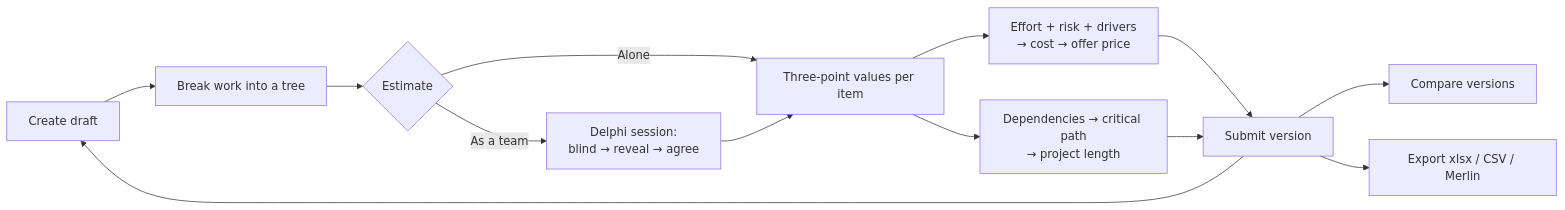
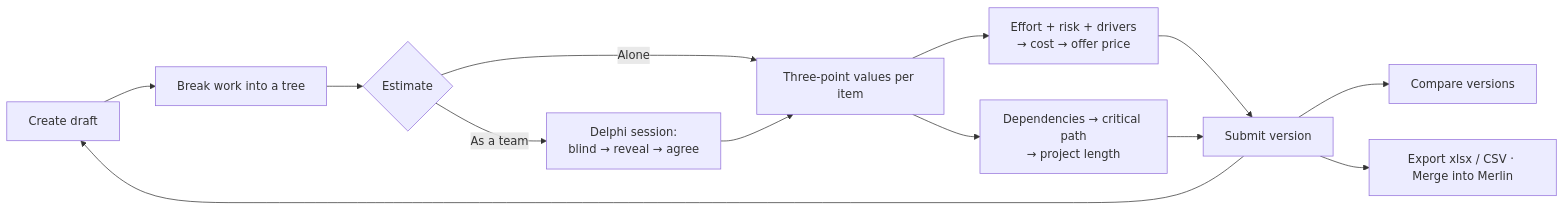
Before and after one commit to techatspree/pythia: the diagram in README.md, drawn with Mermaid. The commit also changed 24 other files, not shown here.

Commit message:
task-223: Merge into Merlin: add dependencies, report every change

````diff
--- a/README.md
+++ b/README.md
@@ -121,15 +121,15 @@
 ```mermaid
 flowchart LR
     A[Create draft] --> B[Break work into a tree]
     B --> C{Estimate}
     C -->|Alone| D[Three-point values per item]
     C -->|As a team| E[Delphi session:<br/>blind → reveal → agree]
     E --> D
     D --> F[Effort + risk + drivers<br/>→ cost → offer price]
     F --> G[Submit version]
     D --> S[Dependencies → critical path<br/>→ project length]
     S --> G
     G --> H[Compare versions]
-    G --> I[Export xlsx / CSV / Merlin]
+    G --> I[Export xlsx / CSV · Merge into Merlin]
     G --> A
 ```
````
